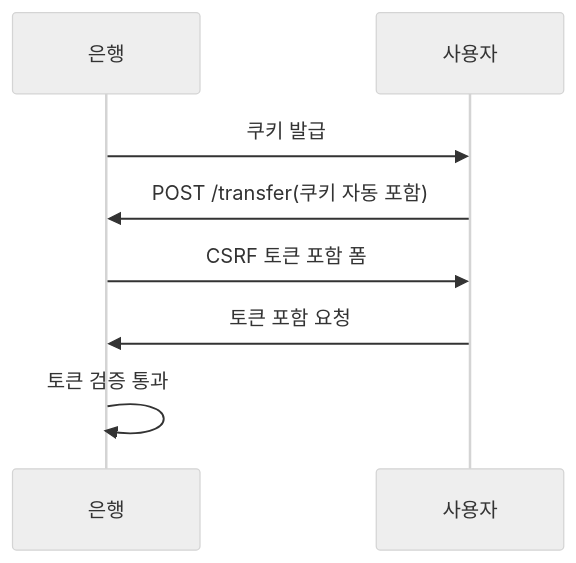
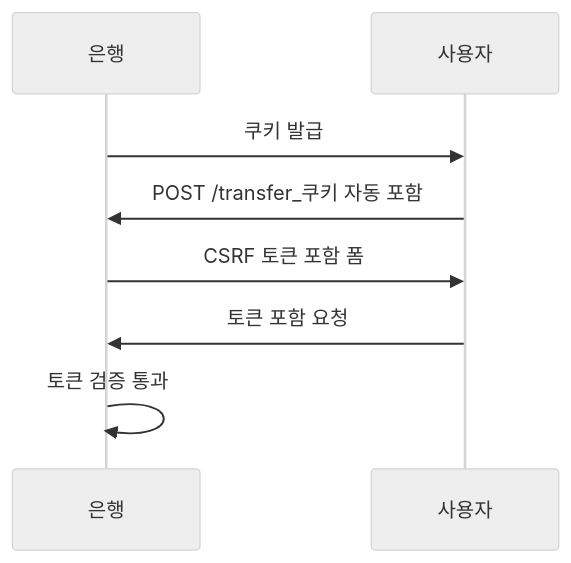
Before and after one commit to yjkim2015/yjkim2015.github.io: the sixth of 7 diagrams in _posts/spring/2026-05-02-spring-security-deep.md, drawn with Mermaid (neutral theme). The commit also changed 85 other files, not shown here.

First line of the commit message:
sequenceDiagram 문법 에러 2차 수정 169개 (86파일)

````diff
--- a/_posts/spring/2026-05-02-spring-security-deep.md
+++ b/_posts/spring/2026-05-02-spring-security-deep.md
@@ -426,8 +426,8 @@
 ```mermaid
 sequenceDiagram
     은행->>사용자: 쿠키 발급
-    사용자->>은행: POST /transfer(쿠키 자동 포함)
+    사용자->>은행: POST /transfer_쿠키 자동 포함
     은행->>사용자: CSRF 토큰 포함 폼
     사용자->>은행: 토큰 포함 요청
     은행->>은행: 토큰 검증 통과
 ```
````
